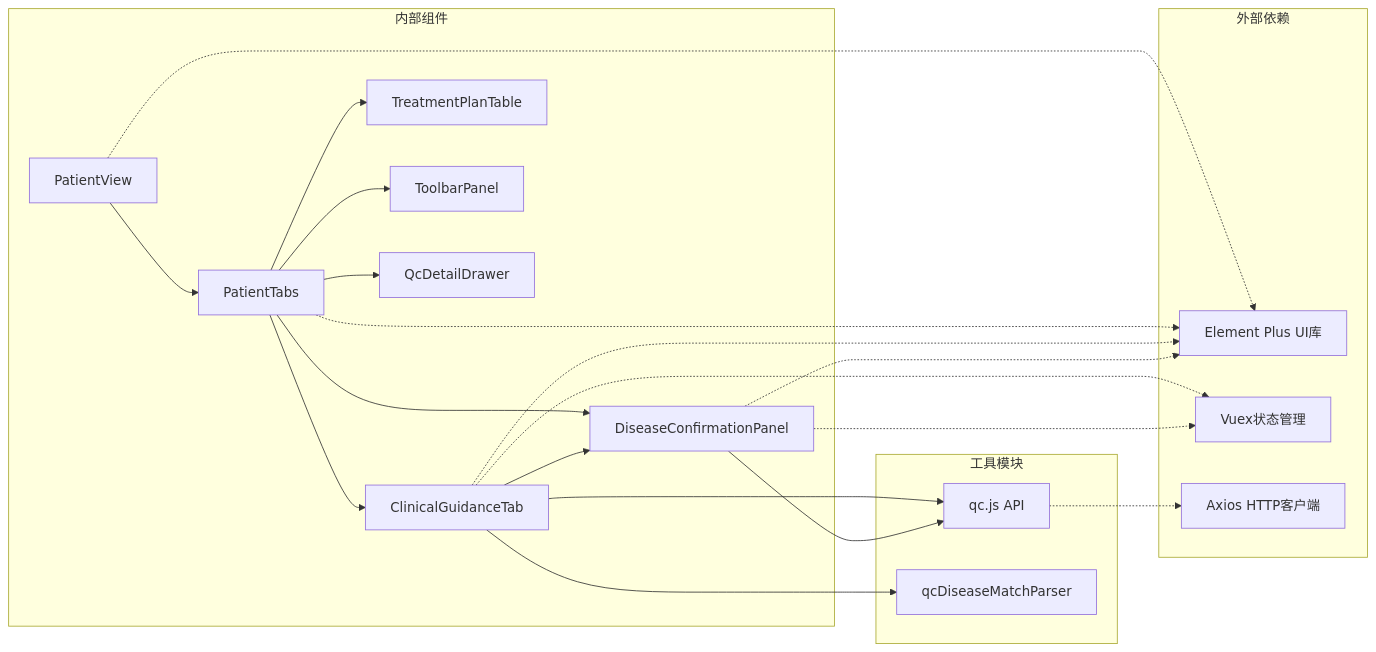
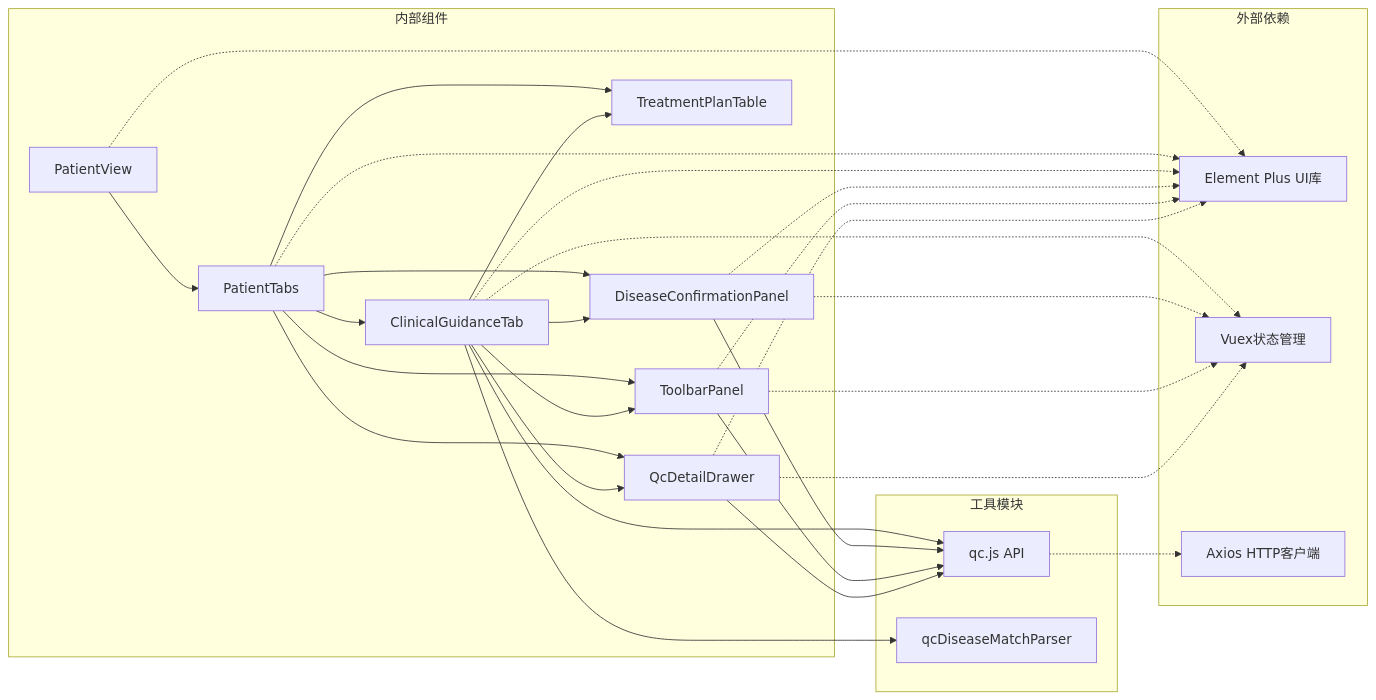
Before and after one commit to liuzh2008/med_ai_assistant_workspace: diagram 14 of 14 in .qoder/repowiki/zh/content/临床指引Tab.md, drawn with Mermaid. The commit also changed other lines of this file and 5 other files, not shown here.

````diff
--- a/.qoder/repowiki/zh/content/临床指引Tab.md
+++ b/.qoder/repowiki/zh/content/临床指引Tab.md
@@ -436,38 +630,47 @@
 ```mermaid
 graph LR
 subgraph "外部依赖"
 ElementPlus[Element Plus UI库]
 Vue[Vuex状态管理]
 Axios[Axios HTTP客户端]
 end
 subgraph "内部组件"
 PatientView[PatientView]
 PatientTabs[PatientTabs]
 ClinicalGuidanceTab[ClinicalGuidanceTab]
 DiseaseConfirmationPanel[DiseaseConfirmationPanel]
 TreatmentPlanTable[TreatmentPlanTable]
 ToolbarPanel[ToolbarPanel]
 QcDetailDrawer[QcDetailDrawer]
 end
 subgraph "工具模块"
 qcAPI[qc.js API]
 parser[qcDiseaseMatchParser]
 end
 PatientView --> PatientTabs
 PatientTabs --> ClinicalGuidanceTab
 PatientTabs --> DiseaseConfirmationPanel
 PatientTabs --> TreatmentPlanTable
 PatientTabs --> ToolbarPanel
 PatientTabs --> QcDetailDrawer
 ClinicalGuidanceTab --> DiseaseConfirmationPanel
+ClinicalGuidanceTab --> TreatmentPlanTable
+ClinicalGuidanceTab --> ToolbarPanel
+ClinicalGuidanceTab --> QcDetailDrawer
 ClinicalGuidanceTab --> qcAPI
 ClinicalGuidanceTab --> parser
 DiseaseConfirmationPanel --> qcAPI
+ToolbarPanel --> qcAPI
+QcDetailDrawer --> qcAPI
 PatientView -.-> ElementPlus
 PatientTabs -.-> ElementPlus
 ClinicalGuidanceTab -.-> ElementPlus
 DiseaseConfirmationPanel -.-> ElementPlus
+ToolbarPanel -.-> ElementPlus
+QcDetailDrawer -.-> ElementPlus
 ClinicalGuidanceTab -.-> Vue
 DiseaseConfirmationPanel -.-> Vue
+ToolbarPanel -.-> Vue
+QcDetailDrawer -.-> Vue
 qcAPI -.-> Axios
 ```
````
